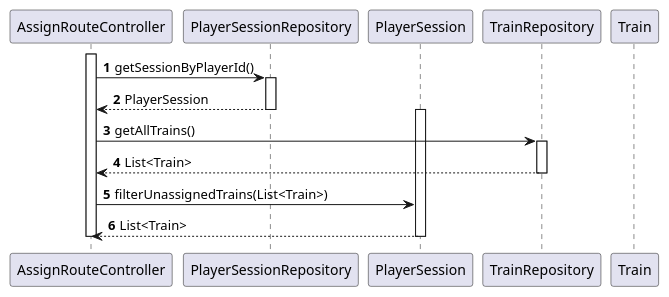
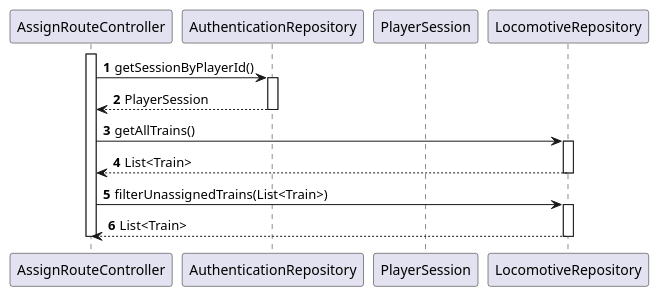
Before and after one commit to Andremonteiro1240850/railway_simulator: the diagram in docs/system-documentation/US10/03.design/puml/US10-SD-partial-get-available-trains.puml, drawn with PlantUML. The commit also changed 22 other files, not shown here.

```diff
--- a/docs/system-documentation/US10/03.design/puml/US10-SD-partial-get-available-trains.puml
+++ b/docs/system-documentation/US10/03.design/puml/US10-SD-partial-get-available-trains.puml
@@ -1,26 +1,28 @@
 @startuml
 autonumber
 participant AssignRouteController
 activate AssignRouteController
-participant PlayerSessionRepository
+participant AuthenticationRepository
 participant PlayerSession
-participant TrainRepository
-participant Train
+participant LocomotiveRepository
 
-AssignRouteController -> PlayerSessionRepository : getSessionByPlayerId()
-activate PlayerSessionRepository
-PlayerSessionRepository --> AssignRouteController : PlayerSession
-deactivate PlayerSessionRepository
-activate PlayerSession
 
-AssignRouteController -> TrainRepository : getAllTrains()
-activate TrainRepository
-TrainRepository --> AssignRouteController : List<Train>
-deactivate TrainRepository
+AssignRouteController -> AuthenticationRepository : getSessionByPlayerId()
+activate AuthenticationRepository
+AuthenticationRepository --> AssignRouteController : PlayerSession
+deactivate AuthenticationRepository
 
-AssignRouteController -> PlayerSession : filterUnassignedTrains(List<Train>)
-PlayerSession --> AssignRouteController : List<Train>
 
-deactivate PlayerSession
+AssignRouteController -> LocomotiveRepository : getAllTrains()
+activate LocomotiveRepository
+LocomotiveRepository --> AssignRouteController : List<Train>
+deactivate LocomotiveRepository
+
+
+AssignRouteController -> LocomotiveRepository : filterUnassignedTrains(List<Train>)
+activate LocomotiveRepository
+LocomotiveRepository --> AssignRouteController : List<Train>
+
+deactivate LocomotiveRepository
 deactivate AssignRouteController
 @enduml
```
